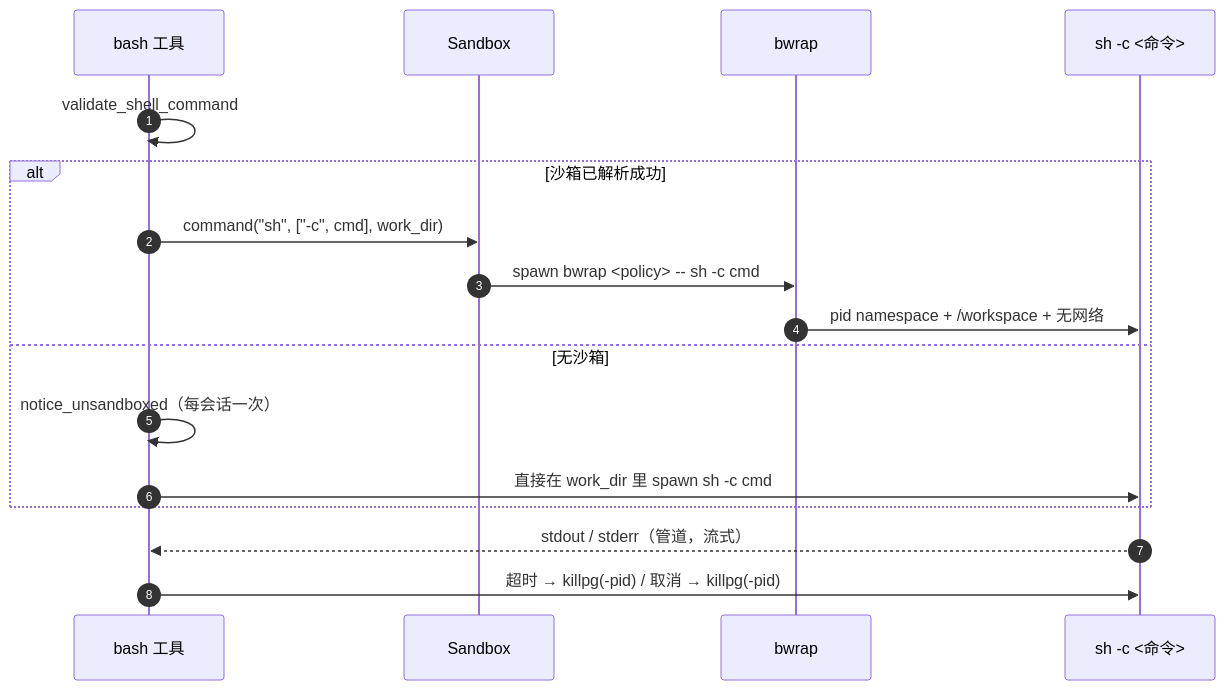
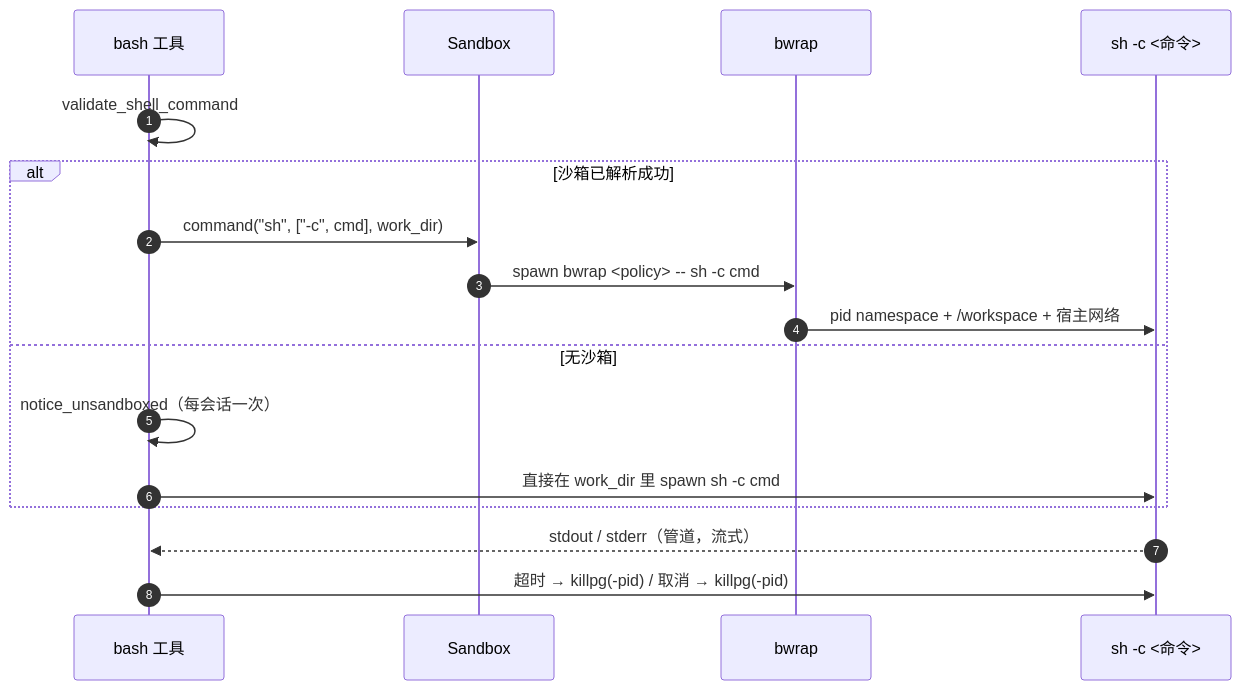
One commit to rust-infra/tact changed the second of 2 diagrams in book/27_chapter_sandbox_zh.md. Above: the diagram before and after it, drawn with Mermaid. The commit also changed other lines of this file and 6 other files, not shown here.

````diff
--- a/book/27_chapter_sandbox_zh.md
+++ b/book/27_chapter_sandbox_zh.md
@@ -127,20 +129,20 @@
 ```mermaid
 sequenceDiagram
     autonumber
     participant T as bash 工具
     participant S as Sandbox
     participant B as bwrap
     participant C as sh -c <命令>
 
     T->>T: validate_shell_command
     alt 沙箱已解析成功
         T->>S: command("sh", ["-c", cmd], work_dir)
         S->>B: spawn bwrap <policy> -- sh -c cmd
-        B->>C: pid namespace + /workspace + 无网络
+        B->>C: pid namespace + /workspace + 宿主网络
     else 无沙箱
         T->>T: notice_unsandboxed（每会话一次）
         T->>C: 直接在 work_dir 里 spawn sh -c cmd
     end
     C-->>T: stdout / stderr（管道，流式）
     T->>C: 超时 → killpg(-pid) / 取消 → killpg(-pid)
 ```
````
